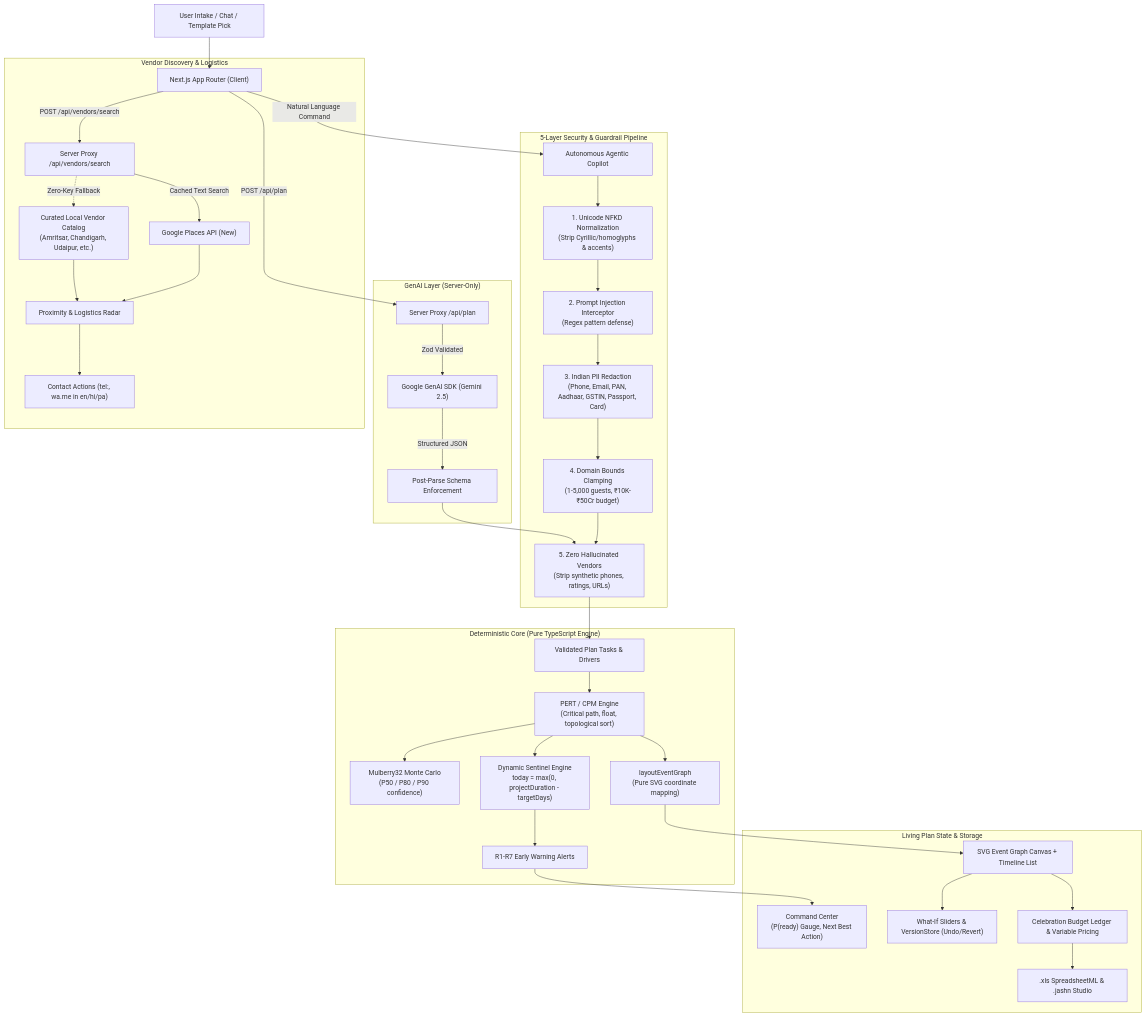
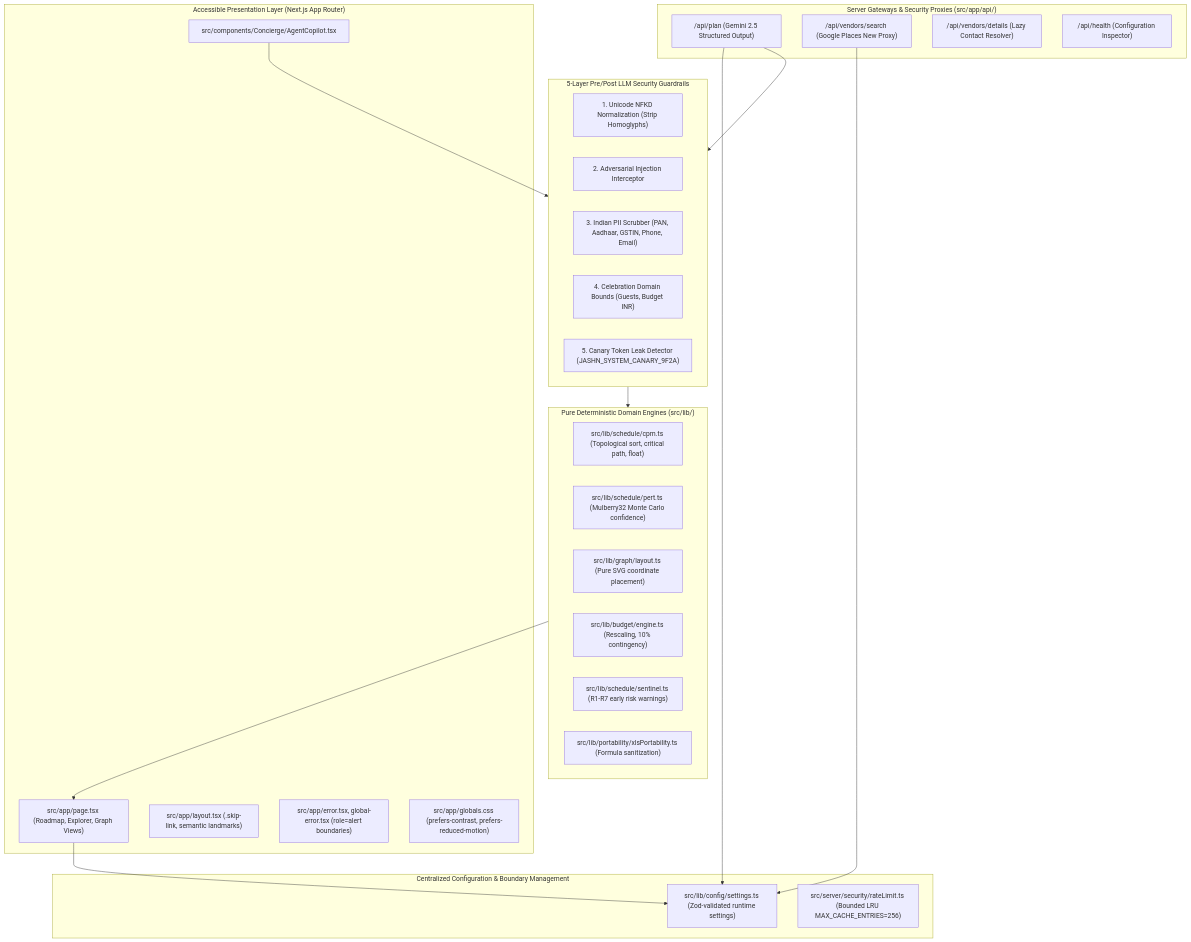
The diagram in README.md (swaritbkp/PW_VR_oc_5), drawn with Mermaid before and after one commit. The commit also changed other lines of this file and 6 other files, not shown here.

Commit message:
docs(architecture): add 21-criterion traceability matrix, error boundary tests, and bundle headroom

````diff
--- a/README.md
+++ b/README.md
@@ -33,46 +33,47 @@
 ```mermaid
 flowchart TD
-    User["User Intake / Chat / Template Pick"] --> ClientAPI["Next.js App Router (Client)"]
-    ClientAPI -->|POST /api/plan| PlanRoute["Server Proxy /api/plan"]
-    ClientAPI -->|Natural Language Command| Copilot["Autonomous Agentic Copilot"]
-
-    subgraph "5-Layer Security & Guardrail Pipeline"
-        Copilot --> NFKD["1. Unicode NFKD Normalization\n(Strip Cyrillic/homoglyphs & accents)"]
-        NFKD --> Injection["2. Prompt Injection Interceptor\n(Regex pattern defense)"]
-        Injection --> PII["3. Indian PII Redaction\n(Phone, Email, PAN, Aadhaar, GSTIN, Passport, Card)"]
-        PII --> Bounds["4. Domain Bounds Clamping\n(1-5,000 guests, ₹10K-₹50Cr budget)"]
-        Bounds --> SafeVendor["5. Zero Hallucinated Vendors\n(Strip synthetic phones, ratings, URLs)"]
+    subgraph ClientLayer["Accessible Presentation Layer (Next.js App Router)"]
+        UI["src/app/page.tsx (Roadmap, Explorer, Graph Views)"]
+        Skip["src/app/layout.tsx (.skip-link, semantic landmarks)"]
+        Errors["src/app/error.tsx, global-error.tsx (role=alert boundaries)"]
+        Copilot["src/components/Concierge/AgentCopilot.tsx"]
+        A11y["src/app/globals.css (prefers-contrast, prefers-reduced-motion)"]
     end
 
-    subgraph "GenAI Layer (Server-Only)"
-        PlanRoute -->|Zod Validated| Gemini["Google GenAI SDK (Gemini 2.5)"]
-        Gemini -->|Structured JSON| PostParse["Post-Parse Schema Enforcement"]
-        PostParse --> SafeVendor
+    subgraph ConfigLayer["Centralized Configuration & Boundary Management"]
+        Settings["src/lib/config/settings.ts (Zod-validated runtime settings)"]
+        RateStore["src/server/security/rateLimit.ts (Bounded LRU MAX_CACHE_ENTRIES=256)"]
     end
 
-    subgraph "Deterministic Core (Pure TypeScript Engine)"
-        SafeVendor --> PlanTasks["Validated Plan Tasks & Drivers"]
-        PlanTasks --> CPM["PERT / CPM Engine\n(Critical path, float, topological sort)"]
-        CPM --> MonteCarlo["Mulberry32 Monte Carlo\n(P50 / P80 / P90 confidence)"]
-        CPM --> Layout["layoutEventGraph\n(Pure SVG coordinate mapping)"]
-        CPM --> DynamicSentinel["Dynamic Sentinel Engine\ntoday = max(0, projectDuration - targetDays)"]
-        DynamicSentinel --> Alerts["R1-R7 Early Warning Alerts"]
+    subgraph ServerLayer["Server Gateways & Security Proxies (src/app/api/)"]
+        PlanAPI["/api/plan (Gemini 2.5 Structured Output)"]
+        VendorAPI["/api/vendors/search (Google Places New Proxy)"]
+        DetailsAPI["/api/vendors/details (Lazy Contact Resolver)"]
+        HealthAPI["/api/health (Configuration Inspector)"]
     end
 
-    subgraph "Vendor Discovery & Logistics"
-        ClientAPI -->|POST /api/vendors/search| PlacesRoute["Server Proxy /api/vendors/search"]
-        PlacesRoute -->|Cached Text Search| GooglePlaces["Google Places API (New)"]
-        PlacesRoute -.->|Zero-Key Fallback| VerifiedCatalog["Curated Local Vendor Catalog\n(Amritsar, Chandigarh, Udaipur, etc.)"]
-        GooglePlaces --> Radar["Proximity & Logistics Radar"]
-        VerifiedCatalog --> Radar
-        Radar --> Contact["Contact Actions (tel:, wa.me in en/hi/pa)"]
+    subgraph GuardrailLayer["5-Layer Pre/Post LLM Security Guardrails"]
+        NFKD["1. Unicode NFKD Normalization (Strip Homoglyphs)"]
+        Inject["2. Adversarial Injection Interceptor"]
+        PII["3. Indian PII Scrubber (PAN, Aadhaar, GSTIN, Phone, Email)"]
+        Bounds["4. Celebration Domain Bounds (Guests, Budget INR)"]
+        Canary["5. Canary Token Leak Detector (JASHN_SYSTEM_CANARY_9F2A)"]
     end
 
-    subgraph "Living Plan State & Storage"
-        Layout --> Canvas["SVG Event Graph Canvas + Timeline List"]
-        Alerts --> CommandCenter["Command Center\n(P(ready) Gauge, Next Best Action)"]
-        Canvas --> WhatIf["What-If Sliders & VersionStore (Undo/Revert)"]
-        Canvas --> Ledger["Celebration Budget Ledger & Variable Pricing"]
-        Ledger --> Portability[".xls SpreadsheetML & .jashn Studio"]
+    subgraph PureEngines["Pure Deterministic Domain Engines (src/lib/)"]
+        CPM["src/lib/schedule/cpm.ts (Topological sort, critical path, float)"]
+        PERT["src/lib/schedule/pert.ts (Mulberry32 Monte Carlo confidence)"]
+        Layout["src/lib/graph/layout.ts (Pure SVG coordinate placement)"]
+        Budget["src/lib/budget/engine.ts (Rescaling, 10% contingency)"]
+        Sentinel["src/lib/schedule/sentinel.ts (R1-R7 early risk warnings)"]
+        Portability["src/lib/portability/xlsPortability.ts (Formula sanitization)"]
     end
+
+    UI --> Settings
+    PlanAPI --> Settings
+    VendorAPI --> Settings
+    PlanAPI --> GuardrailLayer
+    Copilot --> GuardrailLayer
+    GuardrailLayer --> PureEngines
+    PureEngines --> UI
 ```
````
